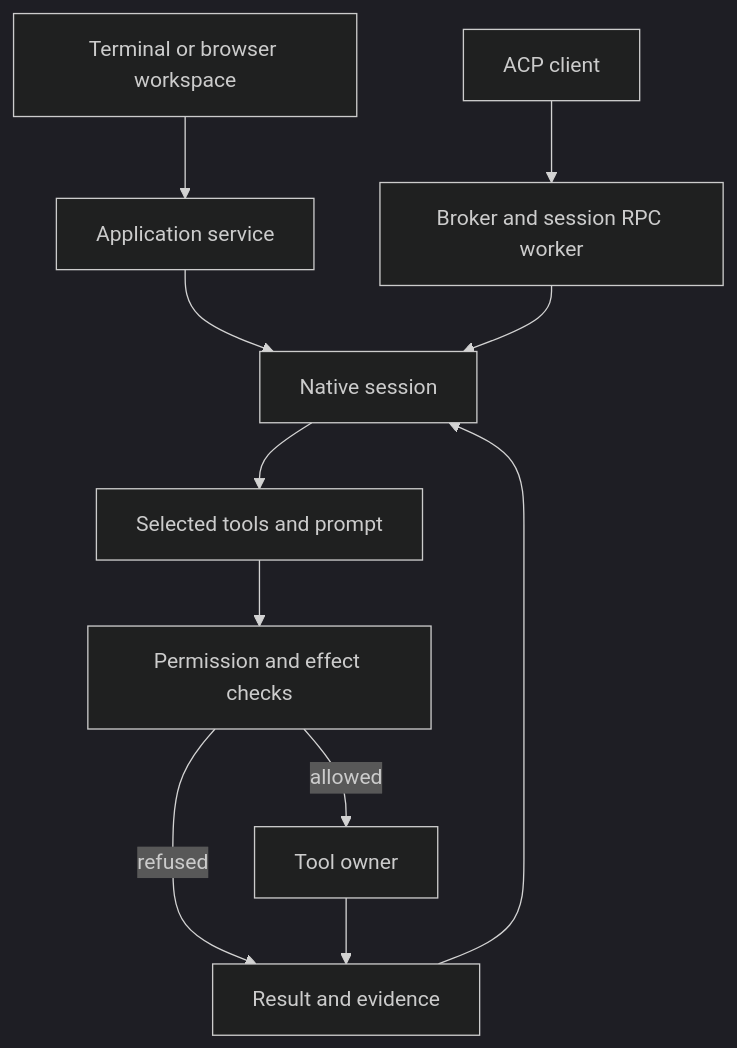
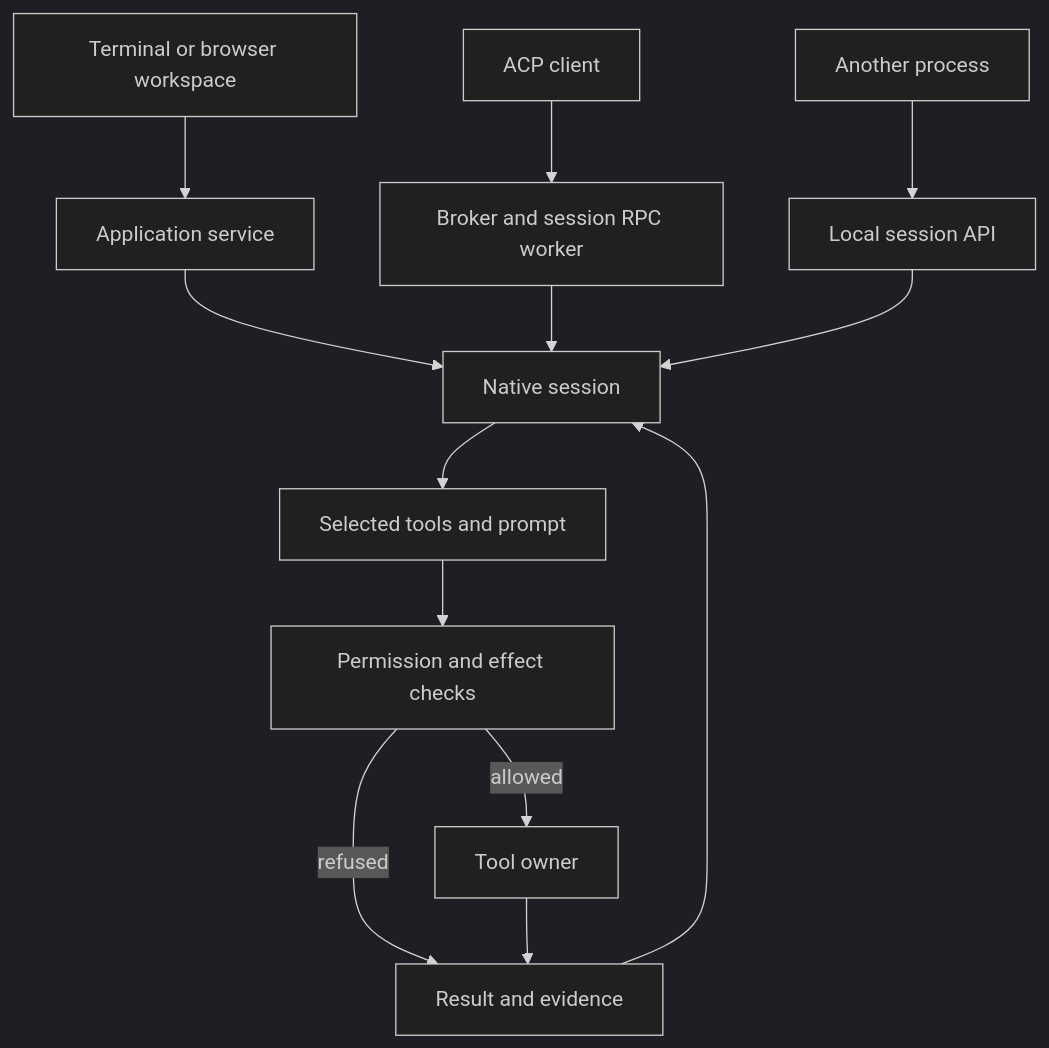
One commit to bgauryy/octocode-coding-agent changed the diagram in docs/FEATURES.md. Above: the diagram before and after it, drawn with Mermaid (dark theme). The commit also changed other lines of this file and 491 other files, not shown here.

````diff
--- a/docs/FEATURES.md
+++ b/docs/FEATURES.md
@@ -5,13 +7,15 @@
 ```mermaid
 flowchart TD
   T["Terminal or browser workspace"] --> A["Application service"]
   C["ACP client"] --> R["Broker and session RPC worker"]
+  X["Another process"] --> L["Local session API"]
   A --> S["Native session"]
   R --> S
+  L --> S
   S --> P["Selected tools and prompt"]
   P --> G["Permission and effect checks"]
   G -->|allowed| E["Tool owner"]
   G -->|refused| F["Result and evidence"]
   E --> F
   F --> S
 ```
````
